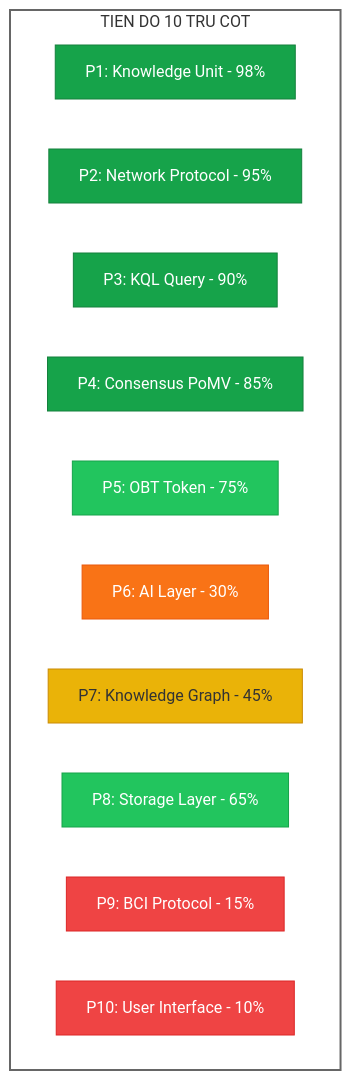
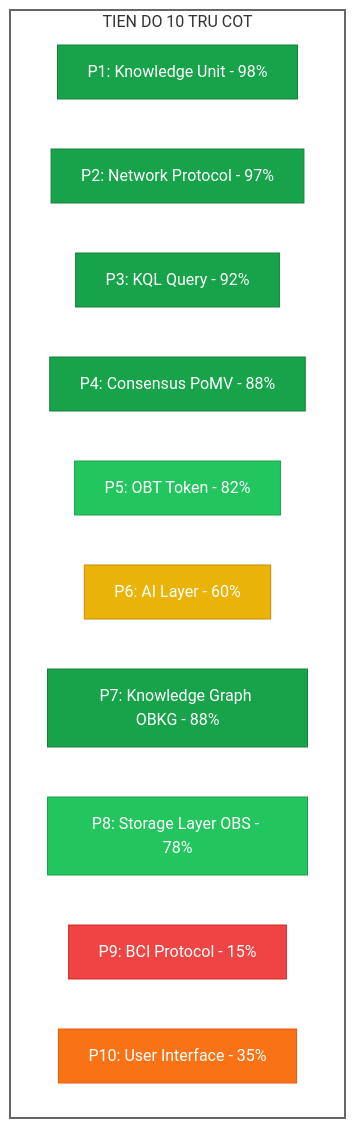
The first of 6 diagrams in docs/PILLAR_REVIEW.md (shpy2001gemi/OneBrain), drawn with Mermaid before and after one commit. The commit also changed other lines of this file and 262 other files, not shown here.

````diff
--- a/docs/PILLAR_REVIEW.md
+++ b/docs/PILLAR_REVIEW.md
@@ -12,27 +12,27 @@
 ```mermaid
 graph TD
     subgraph PILLARS["TIEN DO 10 TRU COT"]
         P1["P1: Knowledge Unit - 98%"]
-        P2["P2: Network Protocol - 95%"]
-        P3["P3: KQL Query - 90%"]
-        P4["P4: Consensus PoMV - 85%"]
-        P5["P5: OBT Token - 75%"]
-        P6["P6: AI Layer - 30%"]
-        P7["P7: Knowledge Graph - 45%"]
-        P8["P8: Storage Layer - 65%"]
+        P2["P2: Network Protocol - 97%"]
+        P3["P3: KQL Query - 92%"]
+        P4["P4: Consensus PoMV - 88%"]
+        P5["P5: OBT Token - 82%"]
+        P6["P6: AI Layer - 60%"]
+        P7["P7: Knowledge Graph OBKG - 88%"]
+        P8["P8: Storage Layer OBS - 78%"]
         P9["P9: BCI Protocol - 15%"]
-        P10["P10: User Interface - 10%"]
+        P10["P10: User Interface - 35%"]
     end
 
     style P1 fill:#16a34a,stroke:#15803d,color:#fff
     style P2 fill:#16a34a,stroke:#15803d,color:#fff
     style P3 fill:#16a34a,stroke:#15803d,color:#fff
     style P4 fill:#16a34a,stroke:#15803d,color:#fff
     style P5 fill:#22c55e,stroke:#16a34a,color:#fff
-    style P6 fill:#f97316,stroke:#ea580c,color:#fff
-    style P7 fill:#eab308,stroke:#ca8a04,color:#333
+    style P6 fill:#eab308,stroke:#ca8a04,color:#fff
+    style P7 fill:#16a34a,stroke:#15803d,color:#fff
     style P8 fill:#22c55e,stroke:#16a34a,color:#fff
     style P9 fill:#ef4444,stroke:#dc2626,color:#fff
-    style P10 fill:#ef4444,stroke:#dc2626,color:#fff
+    style P10 fill:#f97316,stroke:#ea580c,color:#fff
     style PILLARS fill:none,stroke:#666,stroke-width:2px
 ```
````
